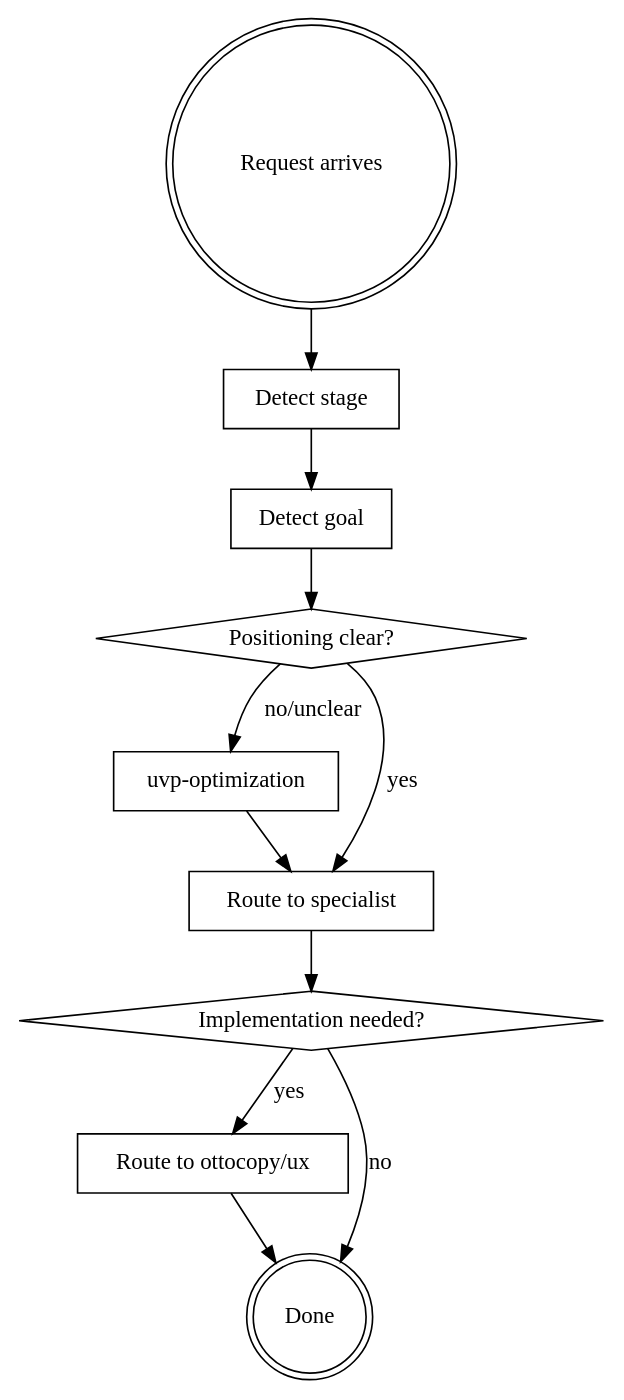
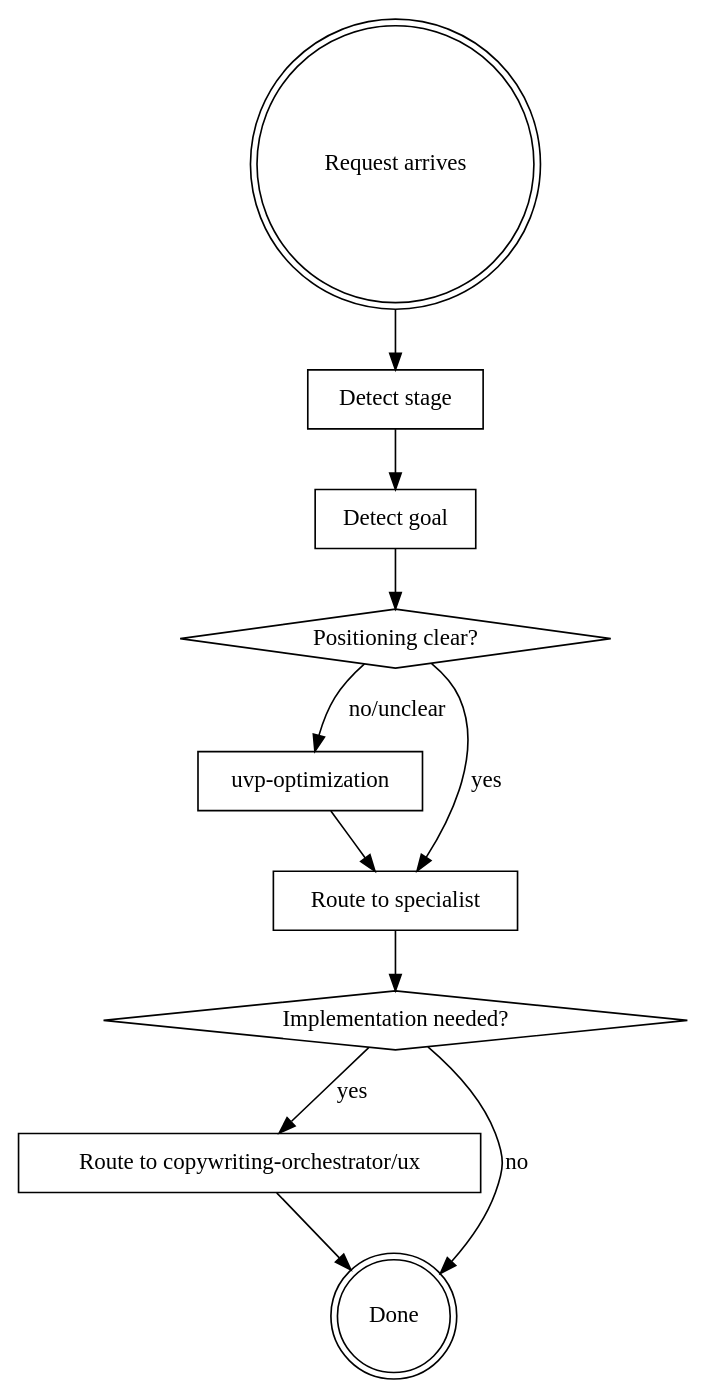
One commit to petrogurcak/skills changed the diagram in plugins/marketing/skills/marketing-orchestrator/SKILL.md. Above: the diagram before and after it, drawn with Graphviz. The commit also changed other lines of this file and 23 other files, not shown here.

````diff
--- a/plugins/marketing/skills/marketing-orchestrator/SKILL.md
+++ b/plugins/marketing/skills/marketing-orchestrator/SKILL.md
@@ -182,24 +187,24 @@
 ```dot
 digraph marketing_flow {
     "Request arrives" [shape=doublecircle];
     "Detect stage" [shape=box];
     "Detect goal" [shape=box];
     "Positioning clear?" [shape=diamond];
     "uvp-optimization" [shape=box];
     "Route to specialist" [shape=box];
     "Implementation needed?" [shape=diamond];
-    "Route to ottocopy/ux" [shape=box];
+    "Route to copywriting-orchestrator/ux" [shape=box];
     "Done" [shape=doublecircle];
 
     "Request arrives" -> "Detect stage";
     "Detect stage" -> "Detect goal";
     "Detect goal" -> "Positioning clear?";
     "Positioning clear?" -> "uvp-optimization" [label="no/unclear"];
     "Positioning clear?" -> "Route to specialist" [label="yes"];
     "uvp-optimization" -> "Route to specialist";
     "Route to specialist" -> "Implementation needed?";
-    "Implementation needed?" -> "Route to ottocopy/ux" [label="yes"];
+    "Implementation needed?" -> "Route to copywriting-orchestrator/ux" [label="yes"];
     "Implementation needed?" -> "Done" [label="no"];
-    "Route to ottocopy/ux" -> "Done";
+    "Route to copywriting-orchestrator/ux" -> "Done";
 }
 ```
````
